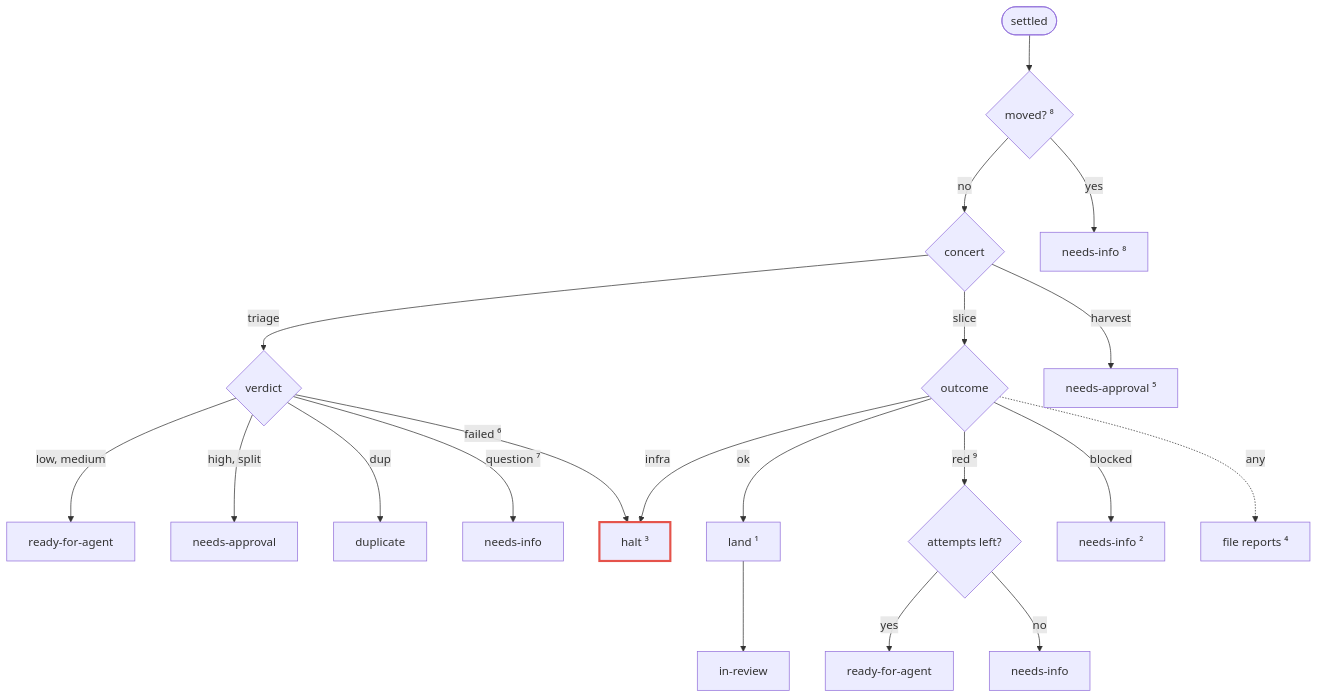
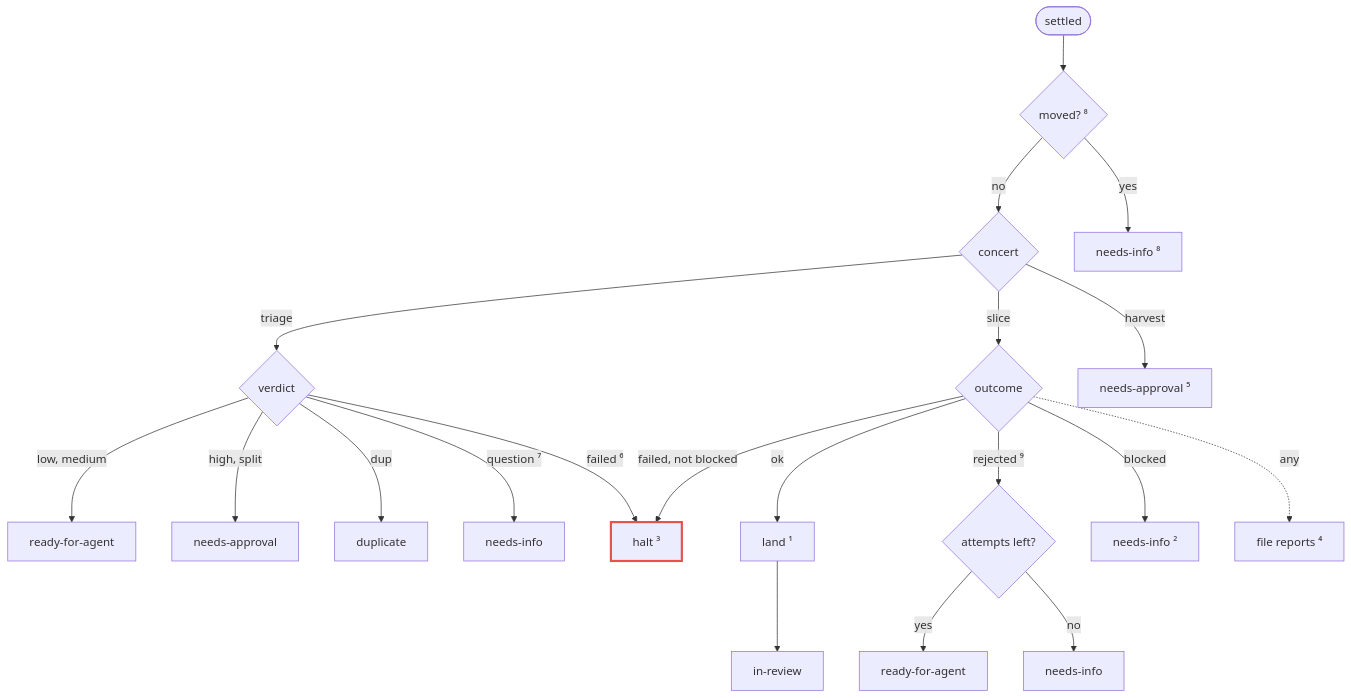
One commit to dvalnn/maestro changed the third of 5 diagrams in docs/agents/factory.md. Above: the diagram before and after it, drawn with Mermaid. The commit also changed other lines of this file and 5 other files, not shown here.

First line of the commit message:
fix(factory): halt on a slice that could not run

````diff
--- a/docs/agents/factory.md
+++ b/docs/agents/factory.md
@@ -87,24 +87,24 @@
 ```mermaid
 flowchart TD
     S(["settled"]) --> M{"moved? ⁸"}
     M -->|no| K{"concert"}
     K -->|triage| V{"verdict"}
     V -->|"low, medium"| RA["ready-for-agent"]
     V -->|"high, split"| NA["needs-approval"]
     V -->|dup| DU["duplicate"]
     V -->|"question ⁷"| NI1["needs-info"]
     V -->|"failed ⁶"| HALT
     K -->|slice| O{"outcome"}
     O -->|ok| LAND["land ¹"] --> IR["in-review"]
-    O -->|"red ⁹"| A{"attempts left?"}
+    O -->|"rejected ⁹"| A{"attempts left?"}
     A -->|yes| RA2["ready-for-agent"]
     A -->|no| NI2["needs-info"]
     O -->|blocked| NI3["needs-info ²"]
-    O -->|infra| HALT["halt ³"]
+    O -->|"failed, not blocked"| HALT["halt ³"]
     O -.->|any| REP["file reports ⁴"]
     K -->|harvest| PR["needs-approval ⁵"]
     M -->|yes| PK["needs-info ⁸"]
 
     classDef fault stroke:#e5534b,stroke-width:3px
     class HALT fault
 ```
````
